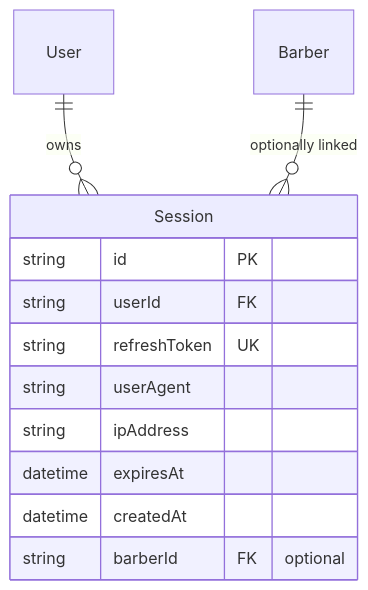
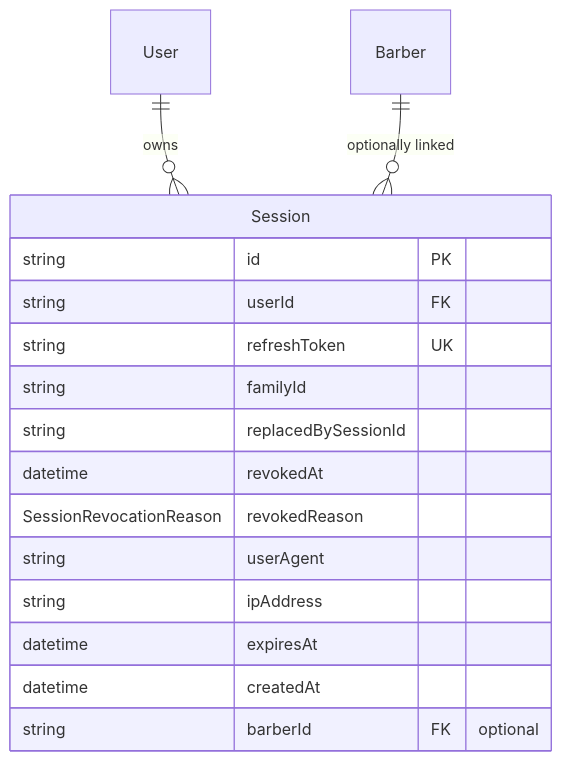
The fourth of 7 diagrams in Database Design.md (Erics-Barbers/erics-barbers-docs), drawn with Mermaid before and after one commit. The commit also changed other lines of this file and 6 other files, not shown here.

````diff
--- a/Database Design.md
+++ b/Database Design.md
@@ -180,16 +184,20 @@
 ```mermaid
 erDiagram
     User ||--o{ Session : owns
     Barber ||--o{ Session : "optionally linked"
 
     Session {
         string id PK
         string userId FK
         string refreshToken UK
+        string familyId
+        string replacedBySessionId
+        datetime revokedAt
+        SessionRevocationReason revokedReason
         string userAgent
         string ipAddress
         datetime expiresAt
         datetime createdAt
         string barberId FK "optional"
     }
 ```
````
